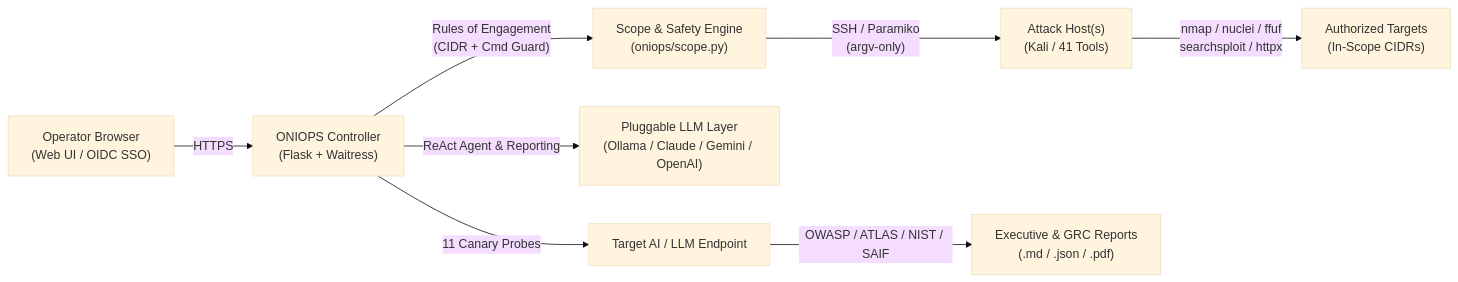
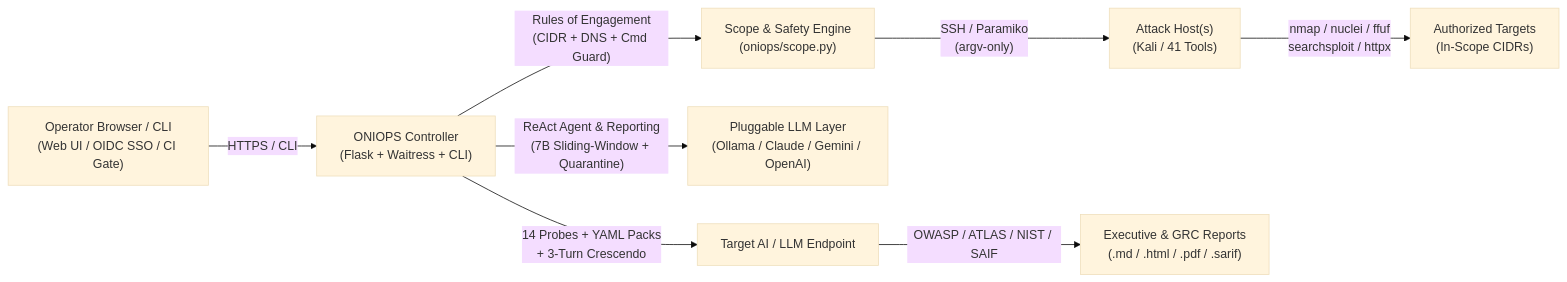
Before and after one commit to ares-369/oni: the diagram in README.md, drawn with Mermaid (base theme). The commit also changed other lines of this file and 6 other files, not shown here.

Commit message:
security(v0.3.1-beta): harden DNS/command scope guard, add login rate limit & CSRF origin guard, sliding-window agent compaction, execution manifest, and adversarial regression tests

````diff
--- a/README.md
+++ b/README.md
@@ -72,10 +76,10 @@
 ```mermaid
 flowchart LR
-    Op["Operator Browser\n(Web UI / OIDC SSO)"] -->|"HTTPS"| Ctrl["ONIOPS Controller\n(Flask + Waitress)"]
-    Ctrl -->|"Rules of Engagement\n(CIDR + Cmd Guard)"| Scope["Scope & Safety Engine\n(oniops/scope.py)"]
+    Op["Operator Browser / CLI\n(Web UI / OIDC SSO / CI Gate)"] -->|"HTTPS / CLI"| Ctrl["ONIOPS Controller\n(Flask + Waitress + CLI)"]
+    Ctrl -->|"Rules of Engagement\n(CIDR + DNS + Cmd Guard)"| Scope["Scope & Safety Engine\n(oniops/scope.py)"]
     Scope -->|"SSH / Paramiko\n(argv-only)"| Kali["Attack Host(s)\n(Kali / 41 Tools)"]
     Kali -->|"nmap / nuclei / ffuf\nsearchsploit / httpx"| Target["Authorized Targets\n(In-Scope CIDRs)"]
-    Ctrl -->|"ReAct Agent & Reporting"| LLM["Pluggable LLM Layer\n(Ollama / Claude / Gemini / OpenAI)"]
-    Ctrl -->|"11 Canary Probes"| AITarget["Target AI / LLM Endpoint"]
-    AITarget -->|"OWASP / ATLAS / NIST / SAIF"| GRC["Executive & GRC Reports\n(.md / .json / .pdf)"]
+    Ctrl -->|"ReAct Agent & Reporting\n(7B Sliding-Window + Quarantine)"| LLM["Pluggable LLM Layer\n(Ollama / Claude / Gemini / OpenAI)"]
+    Ctrl -->|"14 Probes + YAML Packs\n+ 3-Turn Crescendo"| AITarget["Target AI / LLM Endpoint"]
+    AITarget -->|"OWASP / ATLAS / NIST / SAIF"| GRC["Executive & GRC Reports\n(.md / .html / .pdf / .sarif)"]
 ```
````
